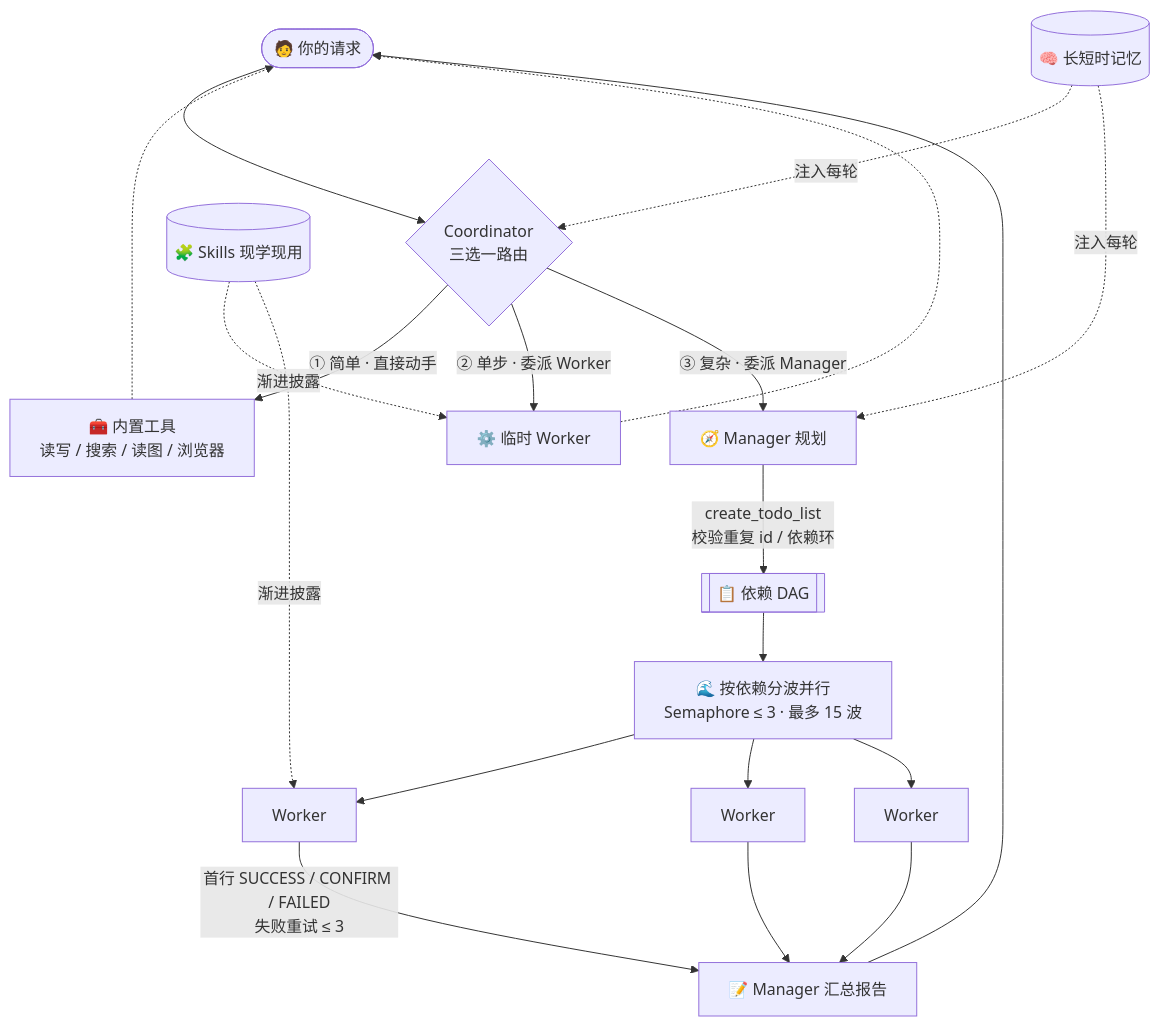
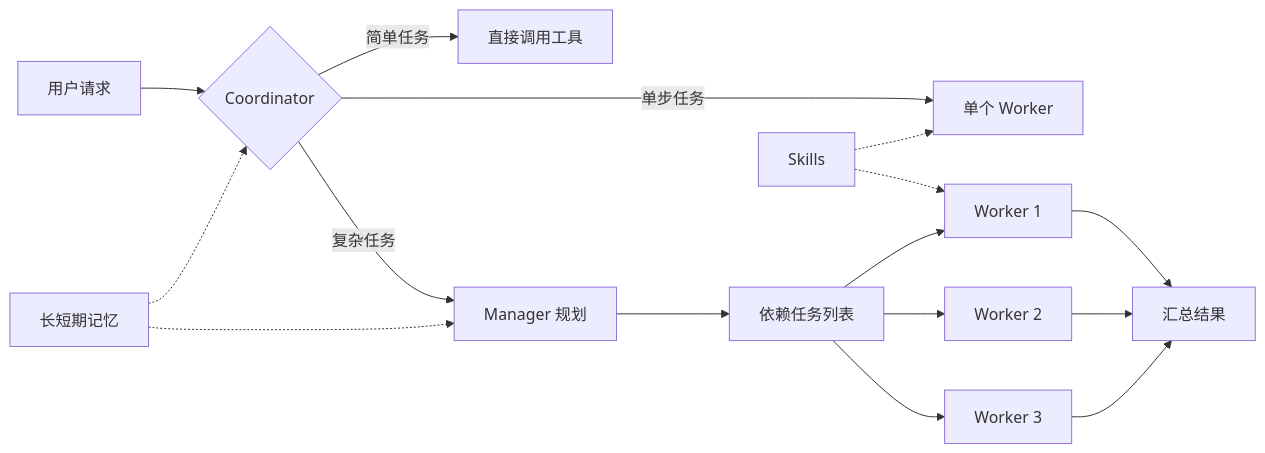
Before and after one commit to Tian-ye1214/SwufeAgent: the diagram in README.md, drawn with Mermaid. The commit also changed other lines of this file and 1 other file, not shown here.

````diff
--- a/README.md
+++ b/README.md
@@ -59,22 +45,18 @@
 ```mermaid
-flowchart TB
-    U(["🧑 你的请求"]) --> CO{"Coordinator<br/>三选一路由"}
-    CO -->|"① 简单 · 直接动手"| TOOLS["🧰 内置工具<br/>读写 / 搜索 / 读图 / 浏览器"]
-    CO -->|"② 单步 · 委派 Worker"| ADHOC["⚙️ 临时 Worker"]
-    CO -->|"③ 复杂 · 委派 Manager"| MGR["🧭 Manager 规划"]
-    MGR -->|"create_todo_list<br/>校验重复 id / 依赖环"| DAG[["📋 依赖 DAG"]]
-    DAG --> WAVE["🌊 按依赖分波并行<br/>Semaphore ≤ 3 · 最多 15 波"]
-    WAVE --> W1["Worker"]
-    WAVE --> W2["Worker"]
-    WAVE --> W3["Worker"]
-    W1 -->|"首行 SUCCESS / CONFIRM / FAILED<br/>失败重试 ≤ 3"| SUM["📝 Manager 汇总报告"]
-    W2 --> SUM
-    W3 --> SUM
-    SUM --> U
-    TOOLS -.-> U
-    ADHOC -.-> U
-    MEM[("🧠 长短时记忆")] -. 注入每轮 .-> CO
-    MEM -. 注入每轮 .-> MGR
-    SK[("🧩 Skills 现学现用")] -. 渐进披露 .-> ADHOC
-    SK -. 渐进披露 .-> W1
+flowchart LR
+    U["用户请求"] --> C{"Coordinator"}
+    C -->|简单任务| T["直接调用工具"]
+    C -->|单步任务| W0["单个 Worker"]
+    C -->|复杂任务| M["Manager 规划"]
+    M --> D["依赖任务列表"]
+    D --> W1["Worker 1"]
+    D --> W2["Worker 2"]
+    D --> W3["Worker 3"]
+    W1 --> R["汇总结果"]
+    W2 --> R
+    W3 --> R
+    MEM["长短期记忆"] -.-> C
+    MEM -.-> M
+    SK["Skills"] -.-> W0
+    SK -.-> W1
 ```
````
